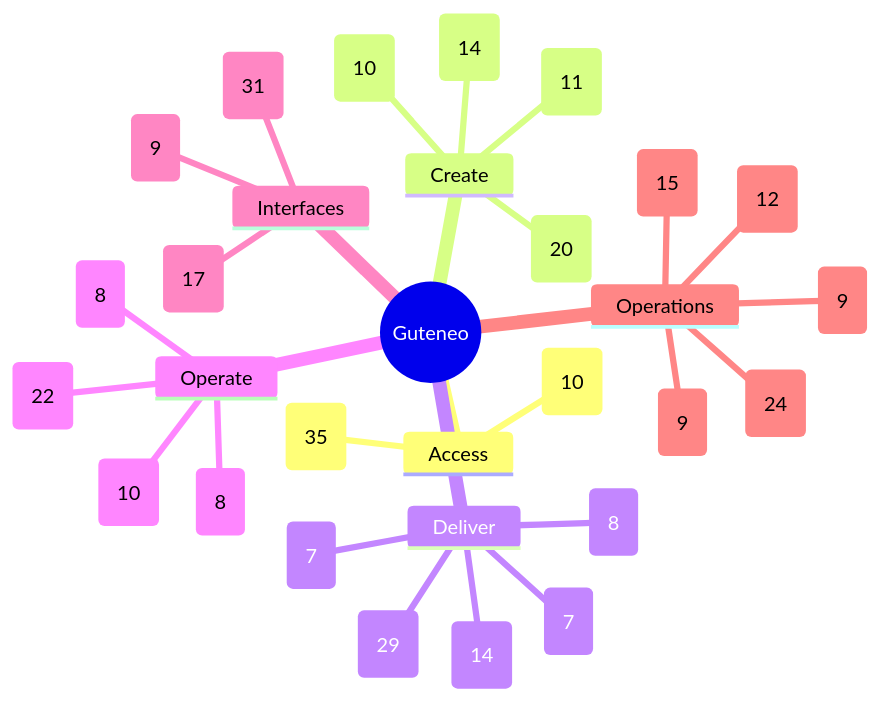
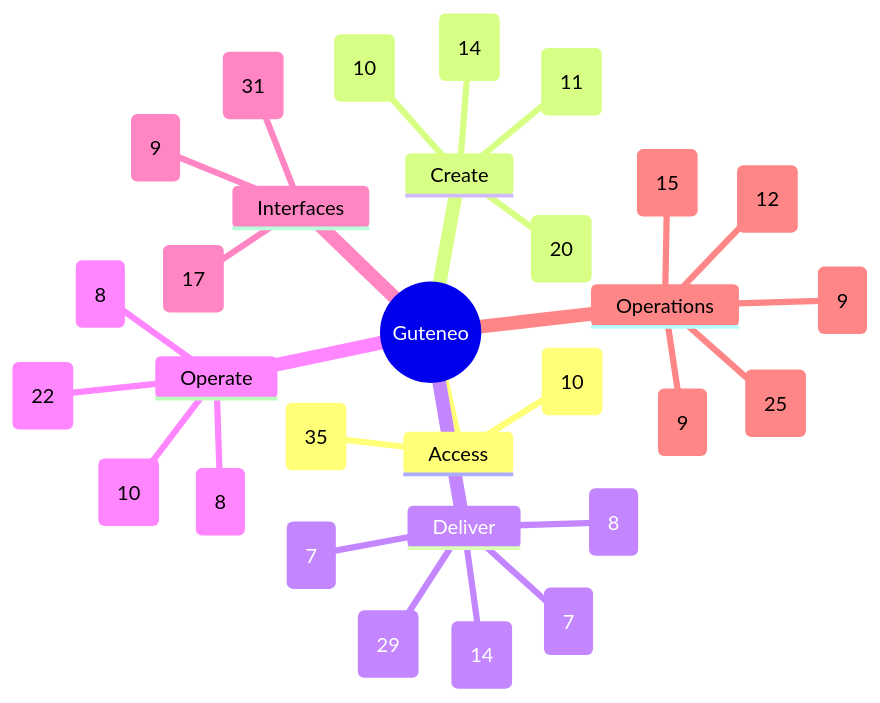
One commit to nclsppr/guteneo changed the diagram in docs/FEATURE_MAP.md. Above: the diagram before and after it, drawn with Mermaid. The commit also changed other lines of this file and 8 other files, not shown here.

````diff
--- a/docs/FEATURE_MAP.md
+++ b/docs/FEATURE_MAP.md
@@ -13,33 +13,33 @@
 ```mermaid
 mindmap
   root((Guteneo))
     Access
       Access and identity (35)
       Team and responsibilities (10)
     Create
       Documents and protection (20)
       Template studio (14)
       Data and mappings (10)
       PDF generation and distribution (11)
     Deliver
       Fax (7)
       Postal mail (8)
       Email and protected links (14)
       Sensitive distribution and personal documents (29)
       Dispatch dry run (7)
     Operate
       Campaigns and tracking (8)
       Credits and billing (8)
       Workspace layout and browser appearance (22)
       PDF verification (10)
     Interfaces
       Assistants and API (31)
       iPhone and iPad (9)
       Public pages, languages and appearance (17)
     Operations
       Reviewer OAuth qualification (9)
-      Operations and reliability (24)
+      Operations and reliability (25)
       Belvédère platform oversight (9)
       Public service status (15)
       Engineering documentation (12)
 ```
````
